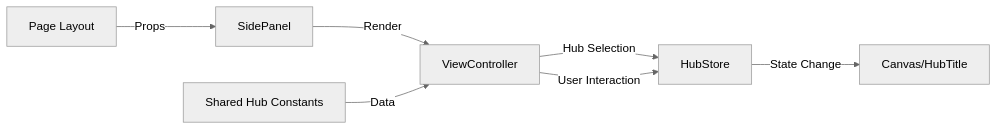
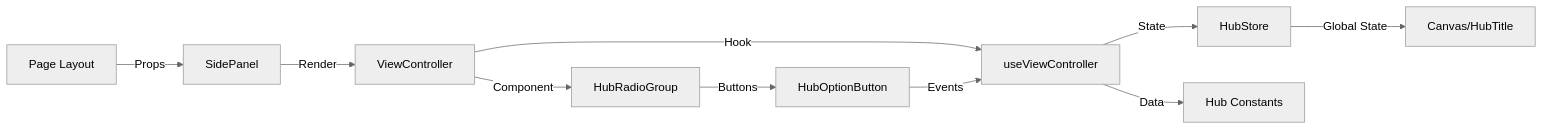
The second of 2 diagrams in src/features/side-panel/README.md (endo-ava/music-theory-app), drawn with Mermaid (neutral theme) before and after one commit. The commit also changed other lines of this file and 7 other files, not shown here.

````diff
--- a/src/features/side-panel/README.md
+++ b/src/features/side-panel/README.md
@@ -58,9 +66,12 @@
 ```mermaid
 flowchart LR
     A[Page Layout] -->|Props| B[SidePanel]
     B -->|Render| C[ViewController]
-    C -->|Hub Selection| D[HubStore]
-    D -->|State Change| E[Canvas/HubTitle]
-    F[Shared Hub Constants] -->|Data| C
-    C -->|User Interaction| D
+    C -->|Hook| D[useViewController]
+    D -->|State| E[HubStore]
+    D -->|Data| F[Hub Constants]
+    C -->|Component| G[HubRadioGroup]
+    G -->|Buttons| H[HubOptionButton]
+    E -->|Global State| I[Canvas/HubTitle]
+    H -->|Events| D
 ```
````
